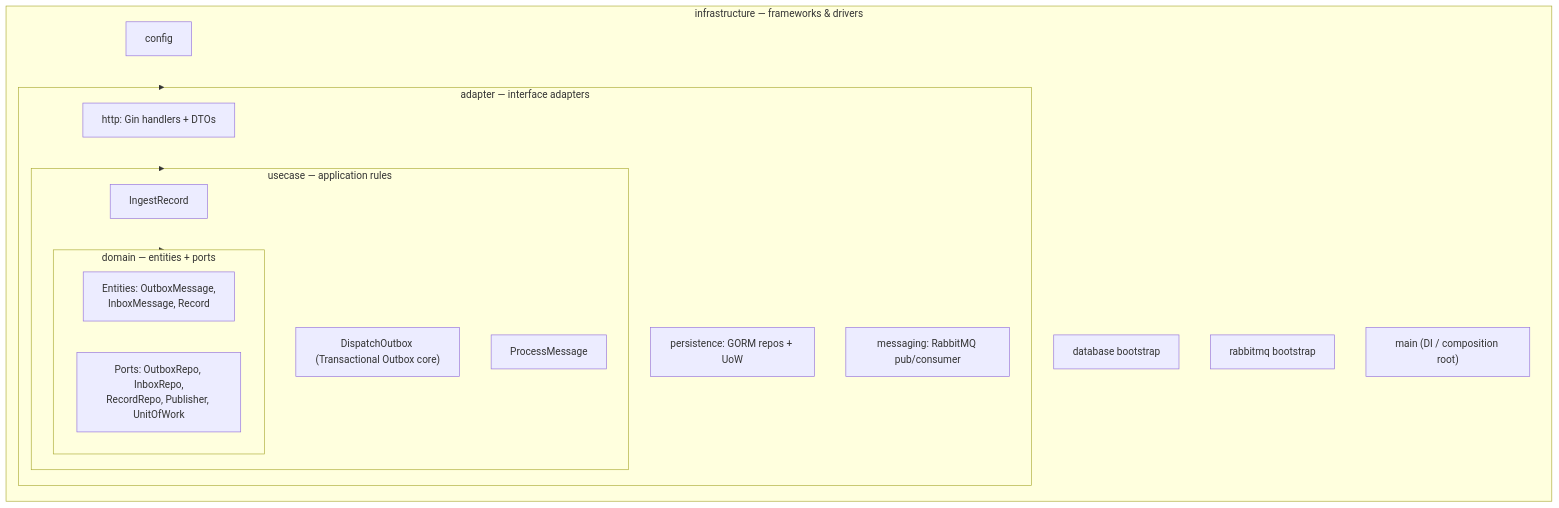
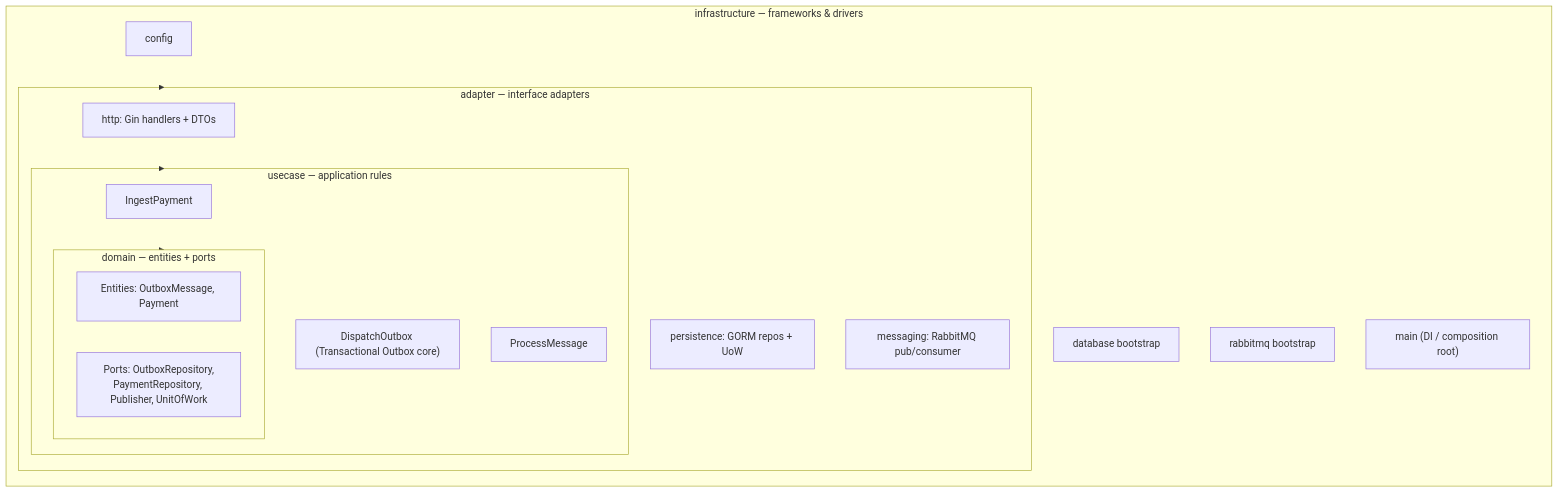
One commit to alonso-machado/TransactionOutboxGo changed the fourth of 4 diagrams in README.md. Above: the diagram before and after it, drawn with Mermaid. The commit also changed other lines of this file and 25 other files, not shown here.

````diff
--- a/README.md
+++ b/README.md
@@ -133,26 +142,26 @@
 ```mermaid
 flowchart TB
     subgraph INFRA["infrastructure — frameworks & drivers"]
         subgraph ADAPT["adapter — interface adapters"]
             subgraph UC["usecase — application rules"]
                 subgraph DOM["domain — entities + ports"]
-                    E["Entities: OutboxMessage,<br/>InboxMessage, Record"]
-                    P["Ports: OutboxRepo, InboxRepo,<br/>RecordRepo, Publisher, UnitOfWork"]
+                    E["Entities: OutboxMessage, Payment"]
+                    P["Ports: OutboxRepository,<br/>PaymentRepository, Publisher, UnitOfWork"]
                 end
-                U1[IngestRecord]
+                U1[IngestPayment]
                 U2["DispatchOutbox (Transactional Outbox core)"]
                 U3[ProcessMessage]
             end
             A1["http: Gin handlers + DTOs"]
             A2["persistence: GORM repos + UoW"]
             A3["messaging: RabbitMQ pub/consumer"]
         end
         I1[config]
         I2[database bootstrap]
         I3[rabbitmq bootstrap]
         I4["main (DI / composition root)"]
     end
 
     ADAPT --> UC --> DOM
     INFRA --> ADAPT
 ```
````
